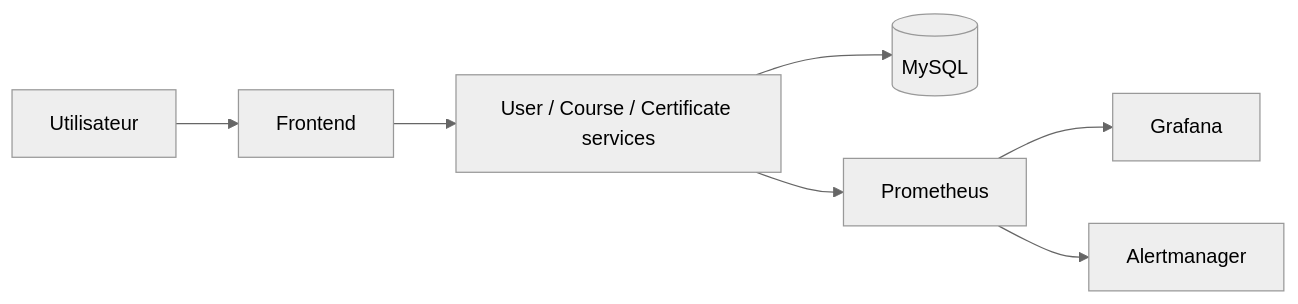
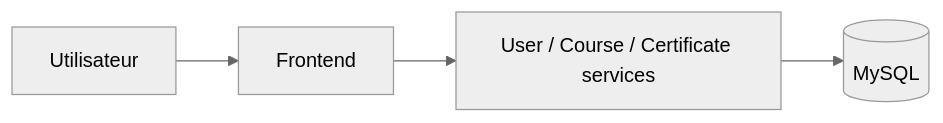
Before and after one commit to mohamedkhemaissia/projet_dev_sec_ops: the diagram in README.md, drawn with Mermaid (neutral theme). The commit also changed other lines of this file and 52 other files, not shown here.

````diff
--- a/README.md
+++ b/README.md
@@ -15,9 +15,6 @@
 ```mermaid
 flowchart LR
     U[Utilisateur] --> F[Frontend]
     F --> S[User / Course / Certificate services]
     S --> DB[(MySQL)]
-    S --> P[Prometheus]
-    P --> G[Grafana]
-    P --> A[Alertmanager]
 ```
````
